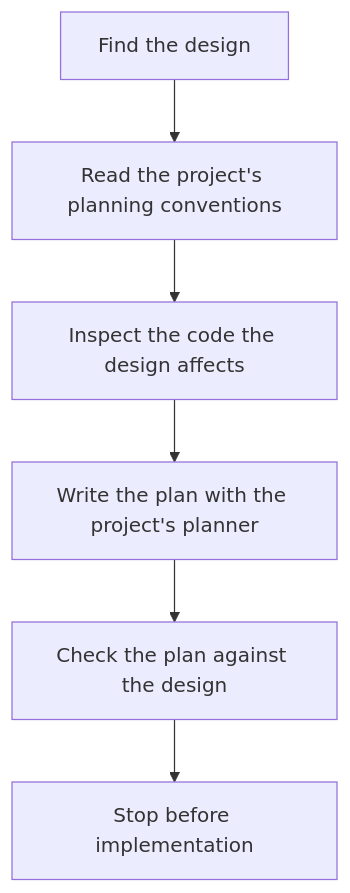
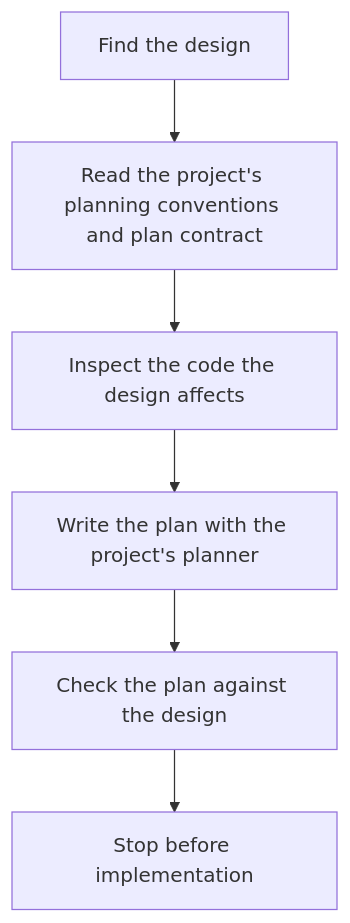
The diagram in skills/start-planning/README.md (carlosboeing/agentic-toolkit), drawn with Mermaid before and after one commit. The commit also changed other lines of this file and 36 other files, not shown here.

````diff
--- a/skills/start-planning/README.md
+++ b/skills/start-planning/README.md
@@ -21,8 +22,8 @@
 ```mermaid
 flowchart TB
-    Design["Find the design"] --> Conventions["Read the project's planning conventions"]
+    Design["Find the design"] --> Conventions["Read the project's planning conventions and plan contract"]
     Conventions --> Inspect["Inspect the code the design affects"]
     Inspect --> Plan["Write the plan with the project's planner"]
     Plan --> Check["Check the plan against the design"]
     Check --> Stop["Stop before implementation"]
 ```
````
